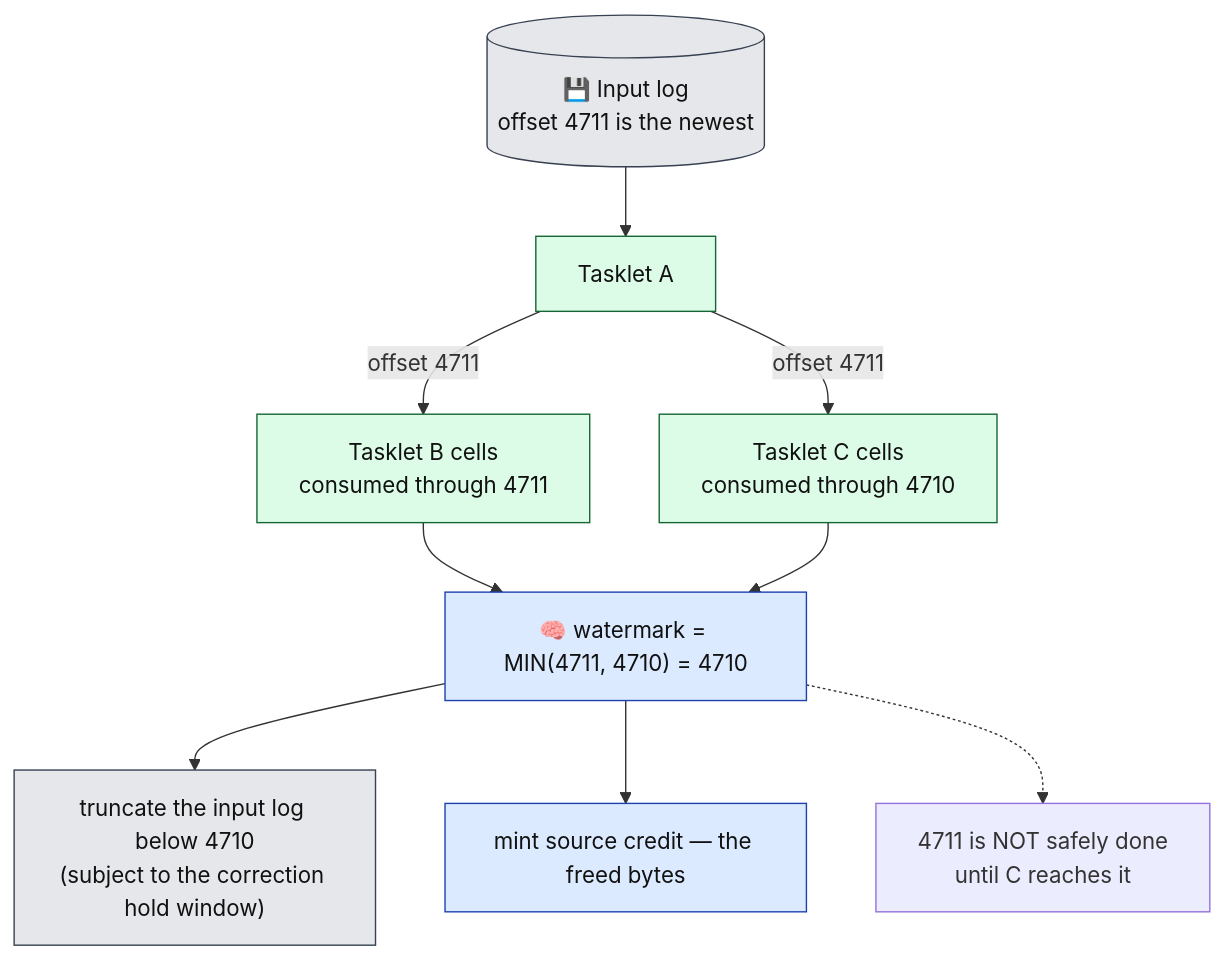
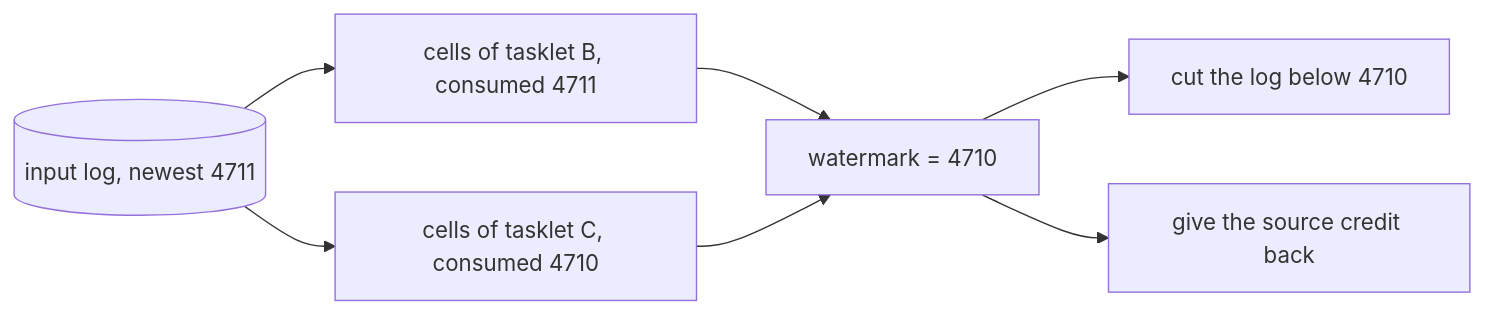
One commit to Flezha/flezha changed the fourth of 10 diagrams in docs/architecture/kernel.md. Above: the diagram before and after it, drawn with Mermaid. The commit also changed other lines of this file and 10 other files, not shown here.

First line of the commit message:
Publish the architecture pages as their own chapter in the docs

````diff
--- a/docs/architecture/kernel.md
+++ b/docs/architecture/kernel.md
@@ -280,24 +268,9 @@
 ```mermaid
-flowchart TB
-    IN[("💾 Input log<br/>offset 4711 is the newest")]:::store
-    A["Tasklet A"]:::exec
-    B["Tasklet B cells<br/>consumed through 4711"]:::exec
-    C["Tasklet C cells<br/>consumed through 4710"]:::exec
-    WM["🧠 watermark = MIN(4711, 4710) = 4710"]:::ctrl
-    RET["truncate the input log below 4710<br/>(subject to the correction hold window)"]:::store
-    CRED["mint source credit — the freed bytes"]:::ctrl
-    NOTE["4711 is NOT safely done<br/>until C reaches it"]
-
-    IN --> A
-    A -->|"offset 4711"| B
-    A -->|"offset 4711"| C
-    B --> WM
-    C --> WM
-    WM --> RET
-    WM --> CRED
-    WM -.-> NOTE
-
-    classDef ctrl fill:#dbeafe,stroke:#1e40af,color:#111
-    classDef exec fill:#dcfce7,stroke:#166534,color:#111
-    classDef store fill:#e5e7eb,stroke:#374151,color:#111
+flowchart LR
+    L[("input log, newest 4711")] --> B["cells of tasklet B, consumed 4711"]
+    L --> C["cells of tasklet C, consumed 4710"]
+    B --> W["watermark = 4710"]
+    C --> W
+    W --> T["cut the log below 4710"]
+    W --> S["give the source credit back"]
 ```
````
